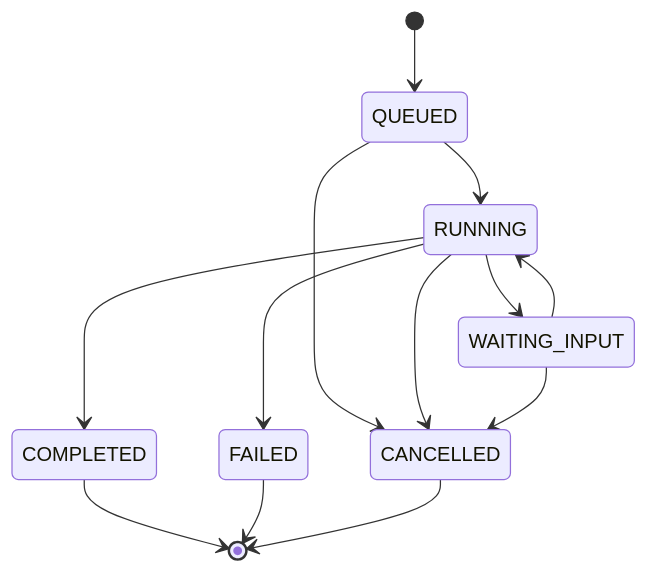
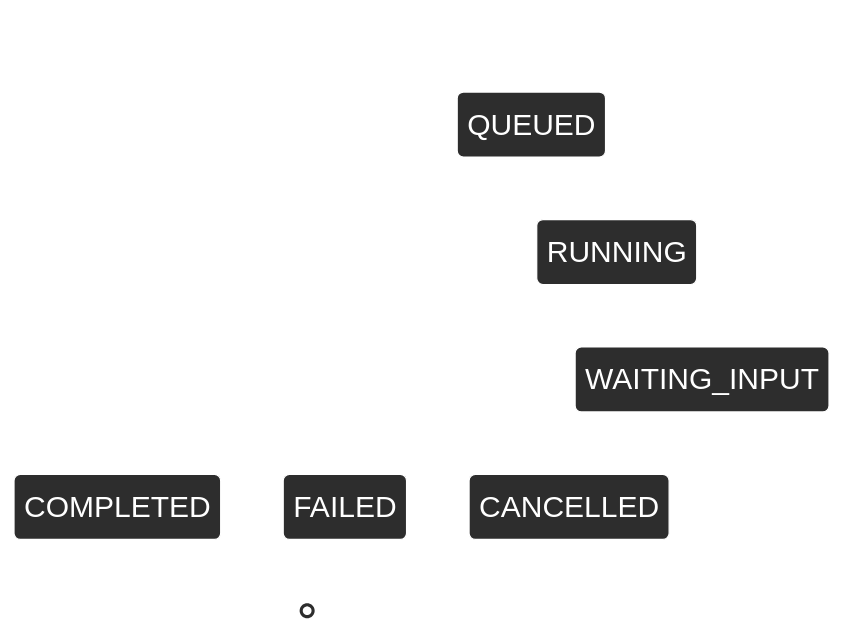
Before and after one commit to rom-orlovich/groote-ai: the fourth of 5 diagrams in docs/ARCHITECTURE.md, drawn with Mermaid. The commit also changed other lines of this file and 5 other files, not shown here.

````diff
--- a/docs/ARCHITECTURE.md
+++ b/docs/ARCHITECTURE.md
@@ -136,15 +228,16 @@
 ```mermaid
+%%{init: {'theme':'base', 'themeVariables': {'fontSize':'24px', 'primaryColor':'#2d2d2d', 'primaryTextColor':'#ffffff', 'primaryBorderColor':'#ffffff', 'lineColor':'#ffffff', 'secondaryColor':'#1a1a1a', 'tertiaryColor':'#2d2d2d'}}}%%
 stateDiagram-v2
     [*] --> QUEUED
     QUEUED --> RUNNING
     QUEUED --> CANCELLED
     RUNNING --> WAITING_INPUT
     RUNNING --> COMPLETED
     RUNNING --> FAILED
     RUNNING --> CANCELLED
     WAITING_INPUT --> RUNNING
     WAITING_INPUT --> CANCELLED
     COMPLETED --> [*]
     FAILED --> [*]
     CANCELLED --> [*]
 ```
````
